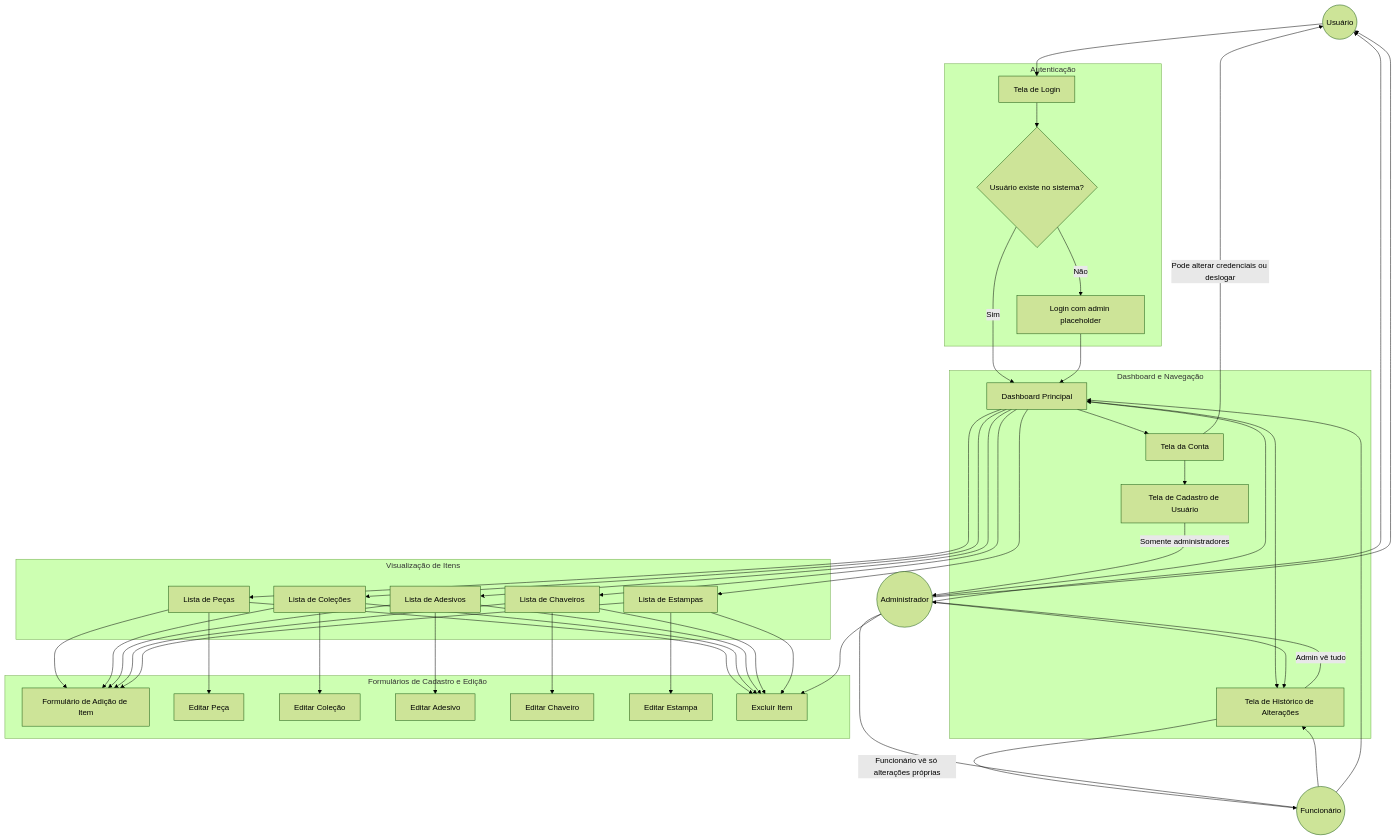
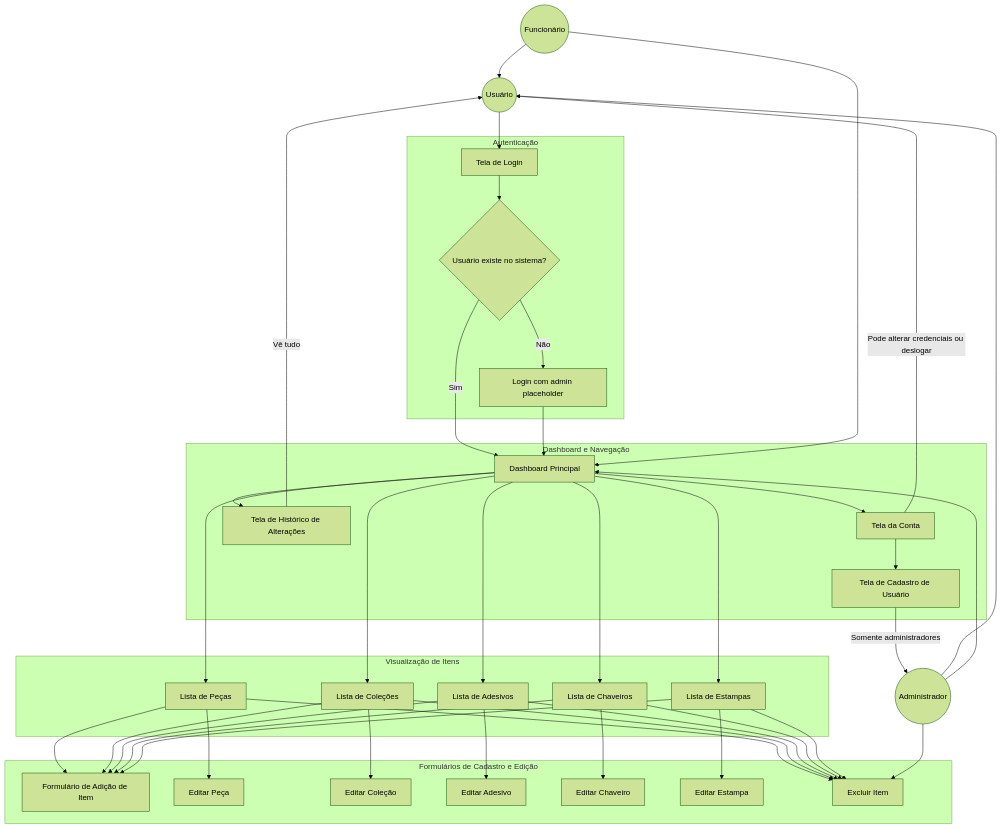
The diagram in artefatos/diagramas/Casos_de_uso.mmd (FeltrinLM/Journey_Back-end), drawn with Mermaid (forest theme) before and after one commit. The commit also changed 2 other files, not shown here.

```diff
--- a/artefatos/diagramas/Casos_de_uso.mmd
+++ b/artefatos/diagramas/Casos_de_uso.mmd
@@ -1,93 +1,90 @@
 graph TD
 
 %% Atores e herança
     Usuario((Usuário))
     Admin((Administrador))
     Funcionario((Funcionário))
     Admin --> Usuario
     Funcionario --> Usuario
 
 %% Subgrafo: Autenticação
     subgraph Autenticação
         Login[Tela de Login]
         Condicional{Usuário existe no sistema?}
         PlaceholderLogin[Login com admin placeholder]
     end
 
 %% Subgrafo: Dashboard e Navegação
     subgraph Dashboard_Geral[Dashboard e Navegação]
         Dashboard[Dashboard Principal]
         TelaConta[Tela da Conta]
         TelaHistorico[Tela de Histórico de Alterações]
         CadastrarUsuario[Tela de Cadastro de Usuário]
     end
 
 %% Subgrafo: Visualização de Itens
     subgraph Listas_de_Itens[Visualização de Itens]
         ListaPecas[Lista de Peças]
         ListaColecoes[Lista de Coleções]
         ListaAdesivos[Lista de Adesivos]
         ListaChaveiros[Lista de Chaveiros]
         ListaEstampas[Lista de Estampas]
     end
 
 %% Subgrafo: Formulários de Edição e Criação
     subgraph Formularios[Formulários de Cadastro e Edição]
         AdicionarItem[Formulário de Adição de Item]
         EditarPeca[Editar Peça]
         EditarColecao[Editar Coleção]
         EditarAdesivo[Editar Adesivo]
         EditarChaveiro[Editar Chaveiro]
         EditarEstampa[Editar Estampa]
         ExcluirItem[Excluir Item]
     end
 
 %% Fluxo de autenticação
     Usuario --> Login
     Login --> Condicional
     Condicional -->|Sim| Dashboard
     Condicional -->|Não| PlaceholderLogin
     PlaceholderLogin --> Dashboard
 
 %% Acesso via Dashboard
     Dashboard --> TelaConta
     Dashboard --> TelaHistorico
     Dashboard --> ListaPecas
     Dashboard --> ListaColecoes
     Dashboard --> ListaAdesivos
     Dashboard --> ListaChaveiros
     Dashboard --> ListaEstampas
 
 %% Ações nas listas
     ListaPecas --> AdicionarItem
     ListaColecoes --> AdicionarItem
     ListaAdesivos --> AdicionarItem
     ListaChaveiros --> AdicionarItem
     ListaEstampas --> AdicionarItem
 
     ListaPecas --> EditarPeca
     ListaColecoes --> EditarColecao
     ListaAdesivos --> EditarAdesivo
     ListaChaveiros --> EditarChaveiro
     ListaEstampas --> EditarEstampa
 
     ListaPecas --> ExcluirItem
     ListaColecoes --> ExcluirItem
     ListaAdesivos --> ExcluirItem
     ListaChaveiros --> ExcluirItem
     ListaEstampas --> ExcluirItem
 
 %% Cadastro de usuário
     TelaConta --> CadastrarUsuario
 
 %% Permissões
-    Admin --> TelaHistorico
-    Funcionario --> TelaHistorico
     Admin --> Dashboard
     Funcionario --> Dashboard
     Admin --> ExcluirItem
 
-    TelaHistorico -->|Admin vê tudo| Admin
-    TelaHistorico -->|Funcionário vê só alterações próprias| Funcionario
+    TelaHistorico -->|Vê tudo| Usuario
     TelaConta -->|Pode alterar credenciais ou deslogar| Usuario
     CadastrarUsuario -->|Somente administradores| Admin
```
